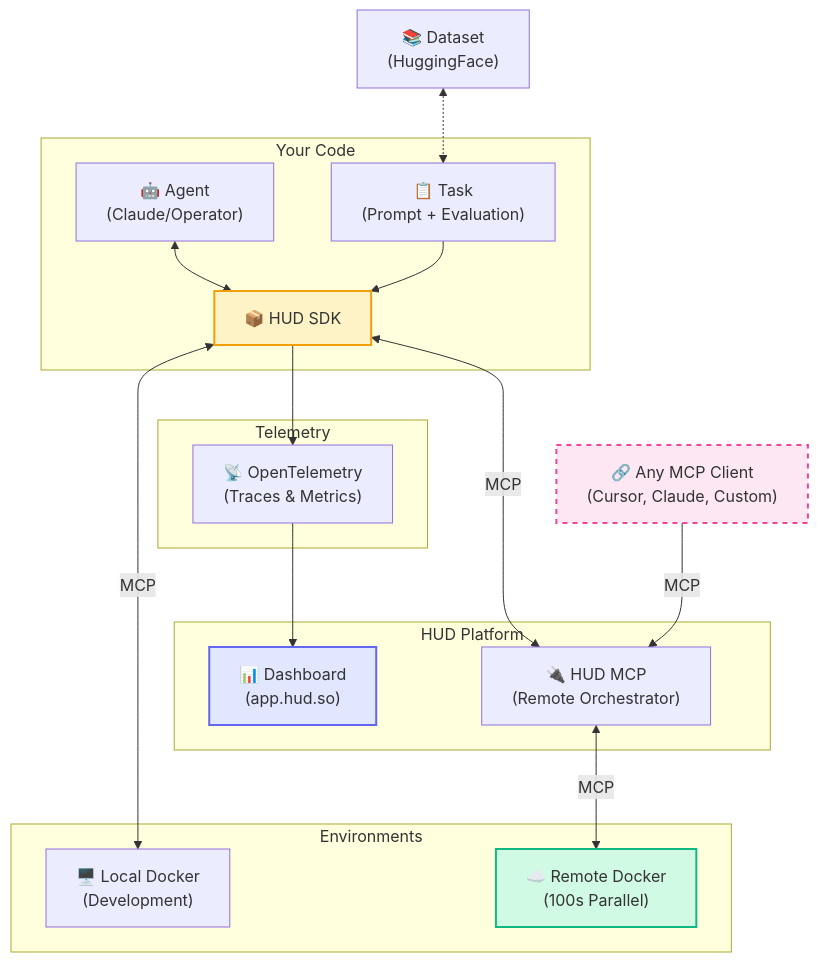
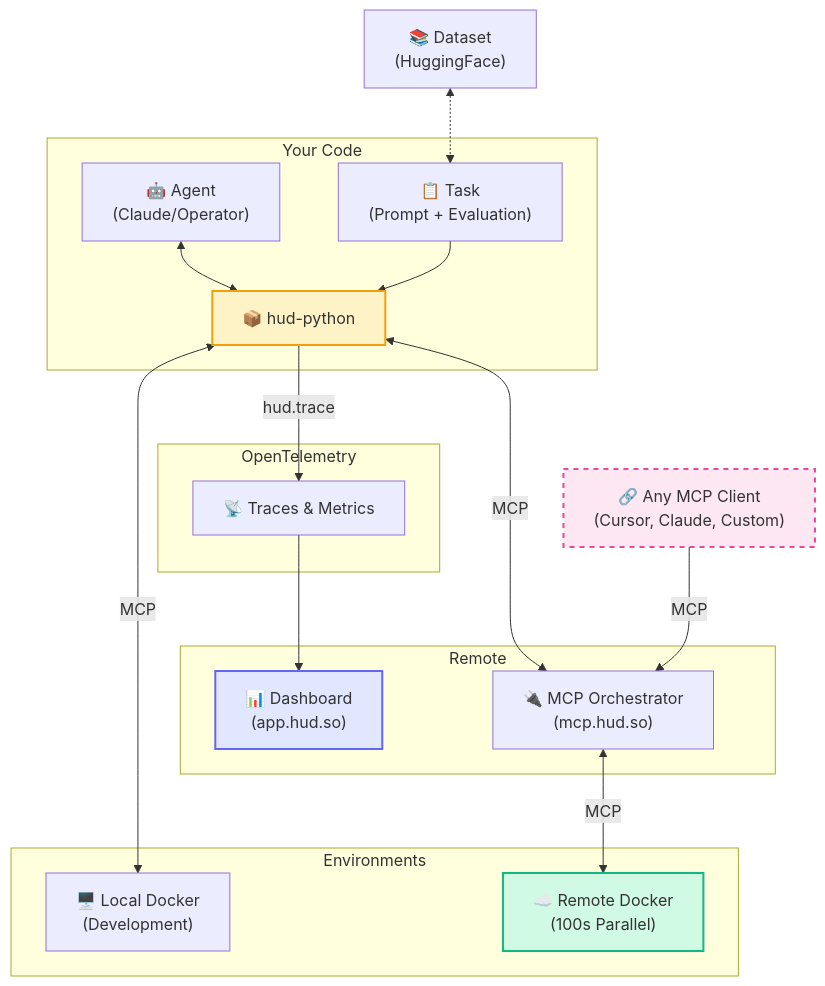
Before and after one commit to shfunc/hud-python: the diagram in docs/core-concepts/architecture.mdx, drawn with Mermaid. The commit also changed 3 other files, not shown here.

````diff
--- a/docs/core-concepts/architecture.mdx
+++ b/docs/core-concepts/architecture.mdx
@@ -11,41 +11,41 @@
 ```mermaid
 graph TB
-    subgraph "HUD Platform"
+    subgraph "Remote"
         Dashboard["📊 Dashboard<br/>(app.hud.so)"]
-        API["🔌 HUD MCP<br/>(Remote Orchestrator)"]
+        API["🔌 MCP Orchestrator<br/>(mcp.hud.so)"]
     end
     
     subgraph "Your Code"
         Agent["🤖 Agent<br/>(Claude/Operator)"]
         Task["📋 Task<br/>(Prompt + Evaluation)"]
-        SDK["📦 HUD SDK"]
+        SDK["📦 hud-python"]
     end
     
     subgraph "Environments"
         LocalEnv["🖥️ Local Docker<br/>(Development)"]
         RemoteEnv["☁️ Remote Docker<br/>(100s Parallel)"]
     end
     
-    subgraph "Telemetry"
-        Trace["📡 OpenTelemetry<br/>(Traces & Metrics)"]
+    subgraph "OpenTelemetry"
+        Trace["📡 Traces & Metrics"]
     end
     
     Dataset["📚 Dataset<br/>(HuggingFace)"]
     
     AnyMCP["🔗 Any MCP Client<br/>(Cursor, Claude, Custom)"]
     
     Agent <--> SDK
     Task --> SDK
     Dataset <-.-> Task
     SDK <-->|"MCP"| LocalEnv
     SDK <-->|"MCP"| API
     API  <-->|"MCP"| RemoteEnv
-    SDK  --> Trace
+    SDK  -->|"hud.trace"| Trace
     Trace --> Dashboard
     AnyMCP -->|"MCP"| API
     
     style Dashboard fill:#e0e7ff,stroke:#6366f1,stroke-width:2px
     style SDK fill:#fef3c7,stroke:#f59e0b,stroke-width:2px
     style RemoteEnv fill:#d1fae5,stroke:#10b981,stroke-width:2px
     style AnyMCP fill:#fce7f3,stroke:#ec4899,stroke-width:2px,stroke-dasharray: 5 5
 ```
````
